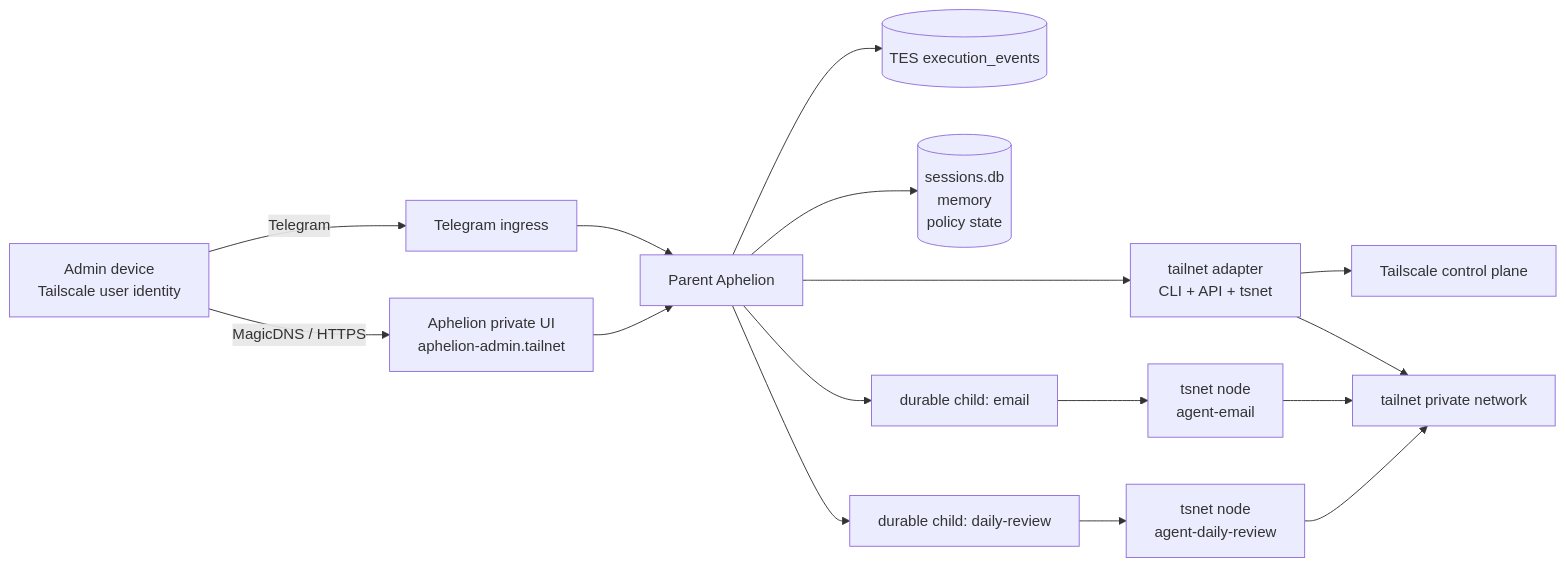
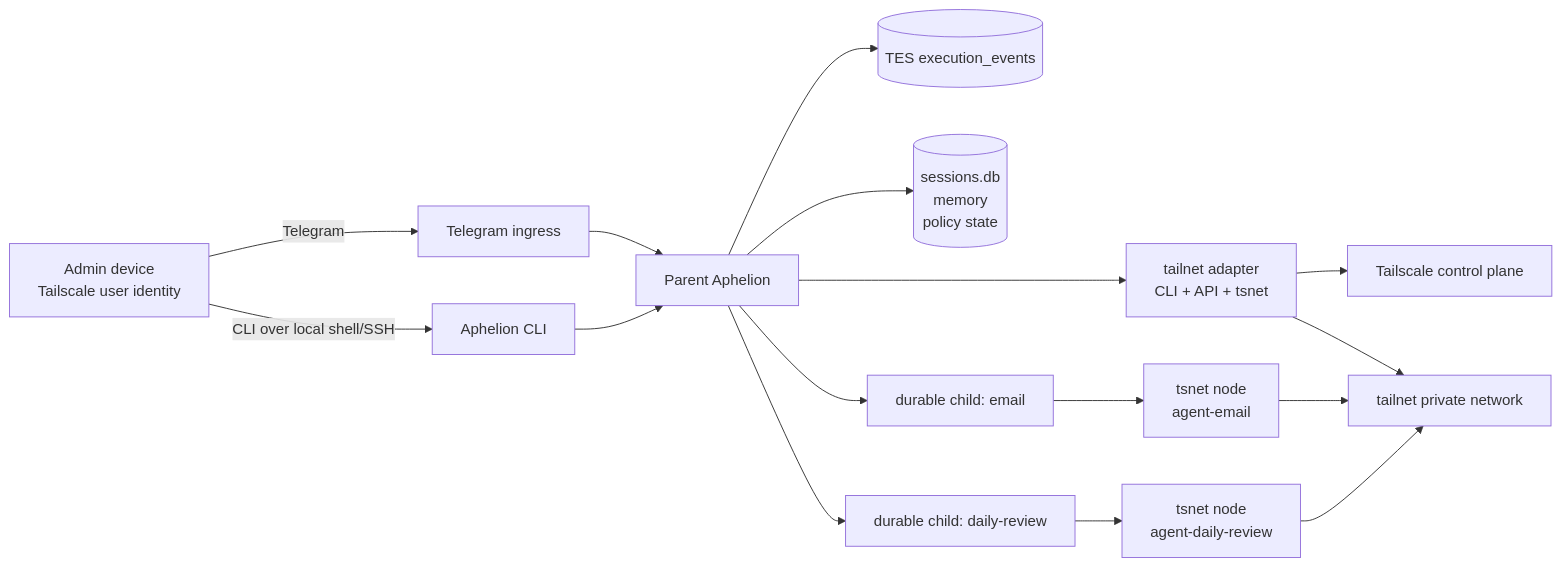
The first of 2 diagrams in docs/architecture/tailscale-agent-substrate-project.md (idolum-ai/aphelion), drawn with Mermaid before and after one commit. The commit also changed other lines of this file and 9 other files, not shown here.

Commit message:
Codify done-done roadmap constraints

````diff
--- a/docs/architecture/tailscale-agent-substrate-project.md
+++ b/docs/architecture/tailscale-agent-substrate-project.md
@@ -744,24 +744,24 @@
 ```mermaid
 flowchart LR
     Admin[Admin device\nTailscale user identity] -->|Telegram| TG[Telegram ingress]
-    Admin -->|MagicDNS / HTTPS| UI[Aphelion private UI\naphelion-admin.tailnet]
+    Admin -->|CLI over local shell/SSH| CLI[Aphelion CLI]
 
     TG --> Parent[Parent Aphelion]
-    UI --> Parent
+    CLI --> Parent
 
     Parent --> TES[(TES execution_events)]
     Parent --> Store[(sessions.db\nmemory\npolicy state)]
     Parent --> Tailnet[tailnet adapter\nCLI + API + tsnet]
 
     Tailnet --> TS[Tailscale control plane]
     Tailnet --> Net[tailnet private network]
 
     Parent --> ChildA[durable child: email]
     Parent --> ChildB[durable child: daily-review]
 
     ChildA --> NodeA[tsnet node\nagent-email]
     ChildB --> NodeB[tsnet node\nagent-daily-review]
 
     NodeA --> Net
     NodeB --> Net
 ```
````
